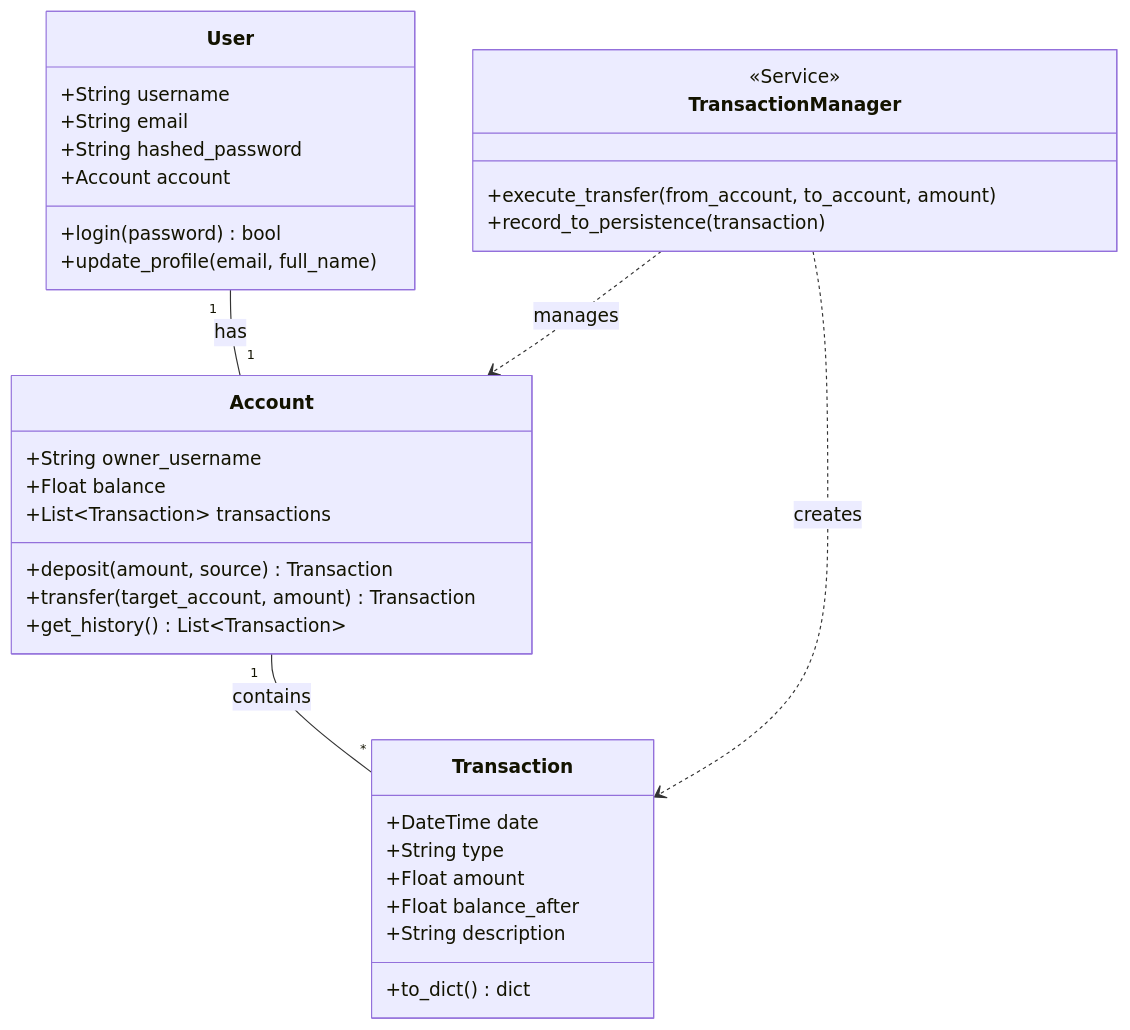
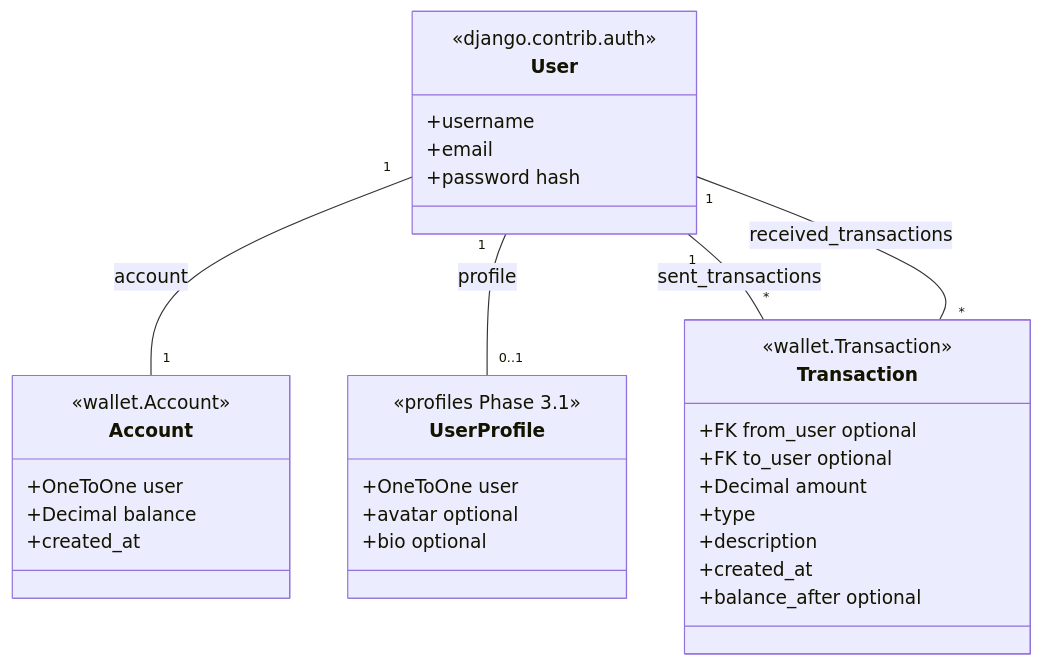
One commit to anibalrojosan/proggy-wallet changed the diagram in docs/CLASS_DIAGRAM.md. Above: the diagram before and after it, drawn with Mermaid. The commit also changed other lines of this file and 9 other files, not shown here.

First line of the commit message:
docs: align stack to Django, add Phase 3.1/5 roadmap, ADR-04 avatars and update docs (#57)

````diff
--- a/docs/CLASS_DIAGRAM.md
+++ b/docs/CLASS_DIAGRAM.md
@@ -7,40 +7,39 @@
 ```mermaid
 classDiagram
     class User {
-        +String username
-        +String email
-        +String hashed_password
-        +Account account
-        +login(password) bool
-        +update_profile(email, full_name)
+        <<django.contrib.auth>>
+        +username
+        +email
+        +password hash
+    }
+
+    class UserProfile {
+        <<profiles Phase 3.1>>
+        +OneToOne user
+        +avatar optional
+        +bio optional
     }
 
     class Account {
-        +String owner_username
-        +Float balance
-        +List~Transaction~ transactions
-        +deposit(amount, source) Transaction
-        +transfer(target_account, amount) Transaction
-        +get_history() List~Transaction~
+        <<wallet.Account>>
+        +OneToOne user
+        +Decimal balance
+        +created_at
     }
 
     class Transaction {
-        +DateTime date
-        +String type
-        +Float amount
-        +Float balance_after
-        +String description
-        +to_dict() dict
+        <<wallet.Transaction>>
+        +FK from_user optional
+        +FK to_user optional
+        +Decimal amount
+        +type
+        +description
+        +created_at
+        +balance_after optional
     }
 
-    class TransactionManager {
-        <<Service>>
-        +execute_transfer(from_account, to_account, amount)
-        +record_to_persistence(transaction)
-    }
-
-    User "1" -- "1" Account : has
-    Account "1" -- "*" Transaction : contains
-    TransactionManager ..> Account : manages
-    TransactionManager ..> Transaction : creates
+    User "1" -- "1" Account : account
+    User "1" -- "0..1" UserProfile : profile
+    User "1" -- "*" Transaction : sent_transactions
+    User "1" -- "*" Transaction : received_transactions
 ```
````
